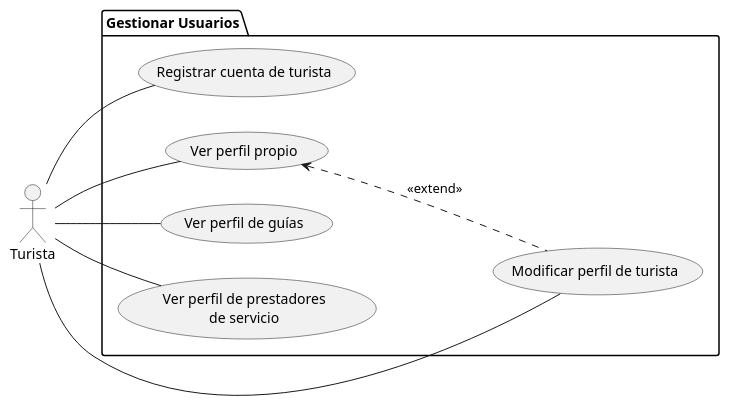
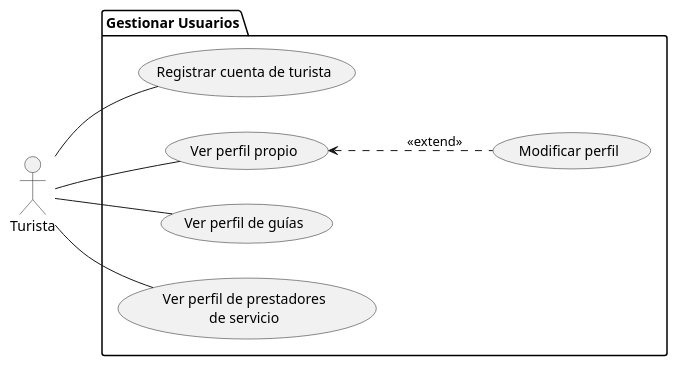
The diagram in docs/modelos/uc-lvl-1/gestionar-usuarios/turista-diagrama.puml (LJSaumeth/SM-Xplore-Proto), drawn with PlantUML before and after one commit.

```diff
--- a/docs/modelos/uc-lvl-1/gestionar-usuarios/turista-diagrama.puml
+++ b/docs/modelos/uc-lvl-1/gestionar-usuarios/turista-diagrama.puml
@@ -1,22 +1,21 @@
 @startuml
 left to right direction
 
 actor Turista as T
 
 package "Gestionar Usuarios" {
     usecase "Registrar cuenta de turista" as UC1
-    usecase "Modificar perfil de turista" as UC2
+    usecase "Modificar perfil" as UC2
     usecase "Ver perfil propio" as UC3
     usecase "Ver perfil de guías" as UC4
     usecase "Ver perfil de prestadores\nde servicio" as UC5
 }
 
 T -- UC1
-T -- UC2
 T -- UC3
 T -- UC4
 T -- UC5
 
 UC3 <.. UC2 : <<extend>>
 
 @enduml
```
